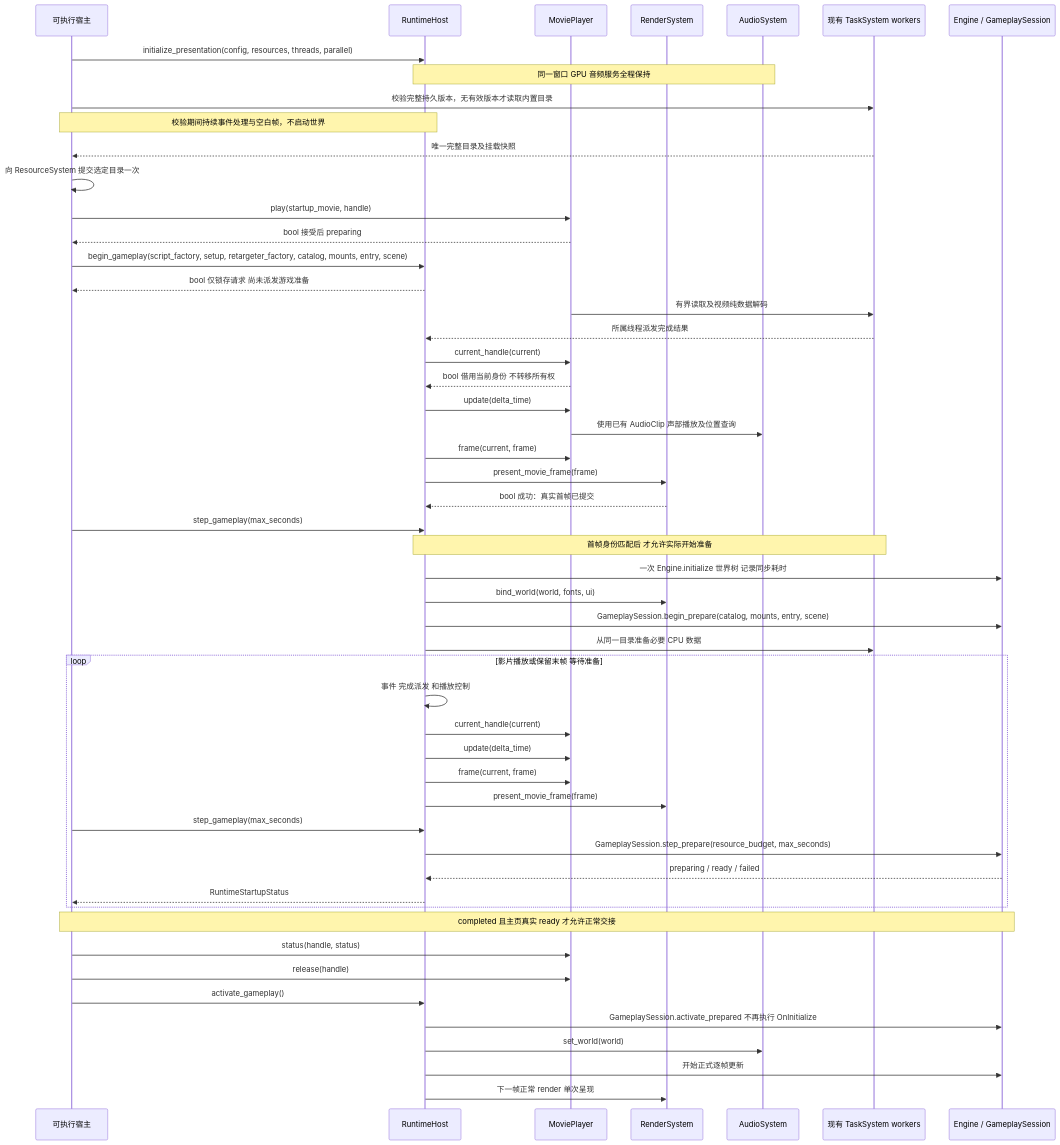
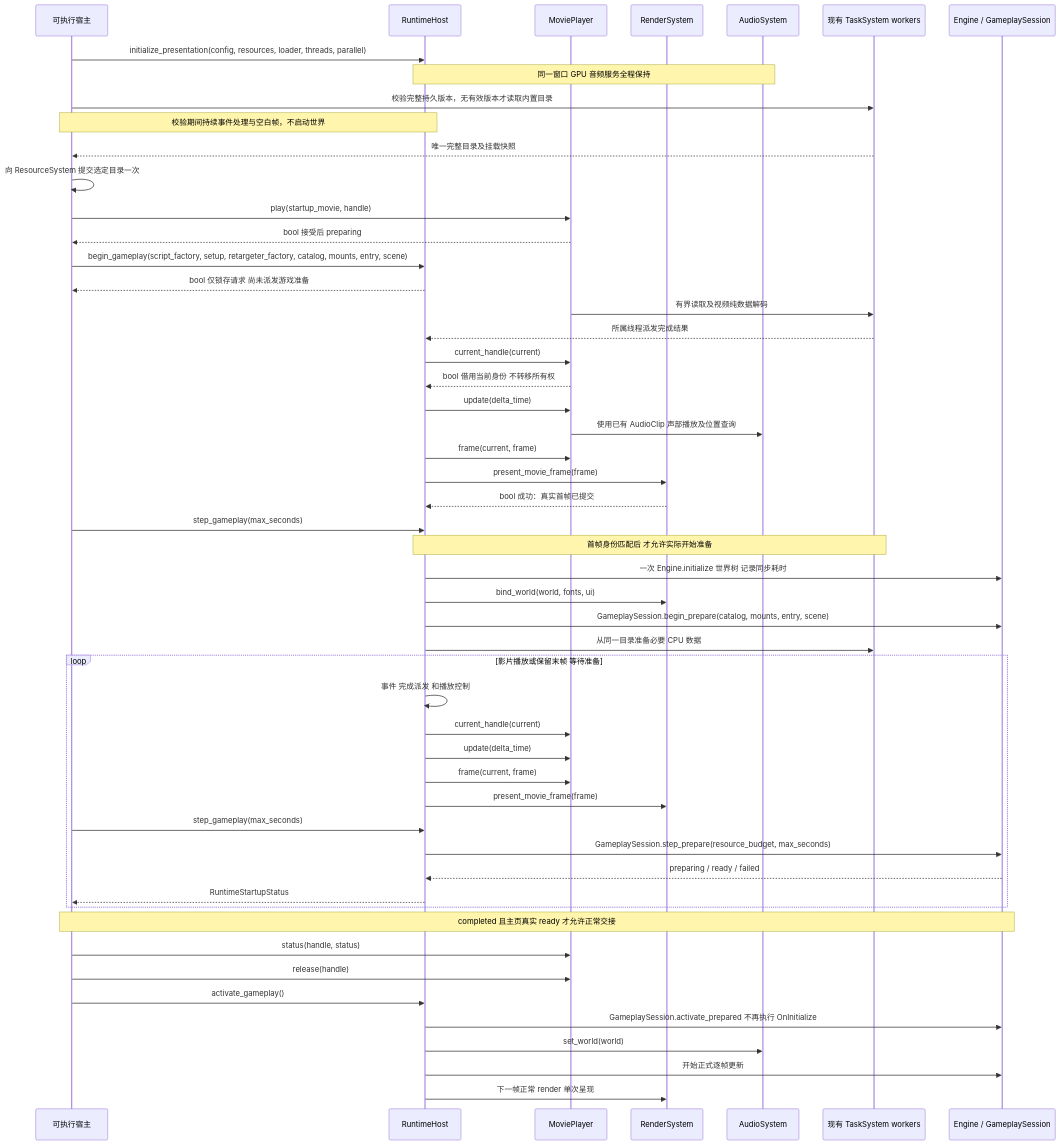
Before and after one commit to lcals/Engine: the fourth of 4 diagrams in docs/runtime/class-diagrams/movie-startup.md, drawn with Mermaid. The commit also changed other lines of this file and 133 other files, not shown here.

Commit message:
Simplify engine implementations under reviewed class diagrams

````diff
--- a/docs/runtime/class-diagrams/movie-startup.md
+++ b/docs/runtime/class-diagrams/movie-startup.md
@@ -212,54 +212,54 @@
 ```mermaid
 sequenceDiagram
     participant Caller as 可执行宿主
     participant Host as RuntimeHost
     participant Player as MoviePlayer
     participant Renderer as RenderSystem
     participant Audio as AudioSystem
     participant Workers as 现有 TaskSystem workers
     participant Game as Engine / GameplaySession
-    Caller->>Host: initialize_presentation(config, resources, threads, parallel)
+    Caller->>Host: initialize_presentation(config, resources, loader, threads, parallel)
     Note over Host,Audio: 同一窗口 GPU 音频服务全程保持
     Caller->>Workers: 校验完整持久版本，无有效版本才读取内置目录
     Note over Caller,Host: 校验期间持续事件处理与空白帧，不启动世界
     Workers-->>Caller: 唯一完整目录及挂载快照
     Caller->>Caller: 向 ResourceSystem 提交选定目录一次
     Caller->>Player: play(startup_movie, handle)
     Player-->>Caller: bool 接受后 preparing
     Caller->>Host: begin_gameplay(script_factory, setup, retargeter_factory, catalog, mounts, entry, scene)
     Host-->>Caller: bool 仅锁存请求 尚未派发游戏准备
     Player->>Workers: 有界读取及视频纯数据解码
     Workers-->>Host: 所属线程派发完成结果
     Host->>Player: current_handle(current)
     Player-->>Host: bool 借用当前身份 不转移所有权
     Host->>Player: update(delta_time)
     Player->>Audio: 使用已有 AudioClip 声部播放及位置查询
     Host->>Player: frame(current, frame)
     Host->>Renderer: present_movie_frame(frame)
     Renderer-->>Host: bool 成功：真实首帧已提交
     Caller->>Host: step_gameplay(max_seconds)
     Note over Host,Workers: 首帧身份匹配后 才允许实际开始准备
     Host->>Game: 一次 Engine.initialize 世界树 记录同步耗时
     Host->>Renderer: bind_world(world, fonts, ui)
     Host->>Game: GameplaySession.begin_prepare(catalog, mounts, entry, scene)
     Host->>Workers: 从同一目录准备必要 CPU 数据
     loop 影片播放或保留末帧 等待准备
         Host->>Host: 事件 完成派发 和播放控制
         Host->>Player: current_handle(current)
         Host->>Player: update(delta_time)
         Host->>Player: frame(current, frame)
         Host->>Renderer: present_movie_frame(frame)
         Caller->>Host: step_gameplay(max_seconds)
         Host->>Game: GameplaySession.step_prepare(resource_budget, max_seconds)
         Game-->>Host: preparing / ready / failed
         Host-->>Caller: RuntimeStartupStatus
     end
     Note over Caller,Game: completed 且主页真实 ready 才允许正常交接
     Caller->>Player: status(handle, status)
     Caller->>Player: release(handle)
     Caller->>Host: activate_gameplay()
     Host->>Game: GameplaySession.activate_prepared 不再执行 OnInitialize
     Host->>Audio: set_world(world)
     Host->>Game: 开始正式逐帧更新
     Host->>Renderer: 下一帧正常 render 单次呈现
 ```
````
